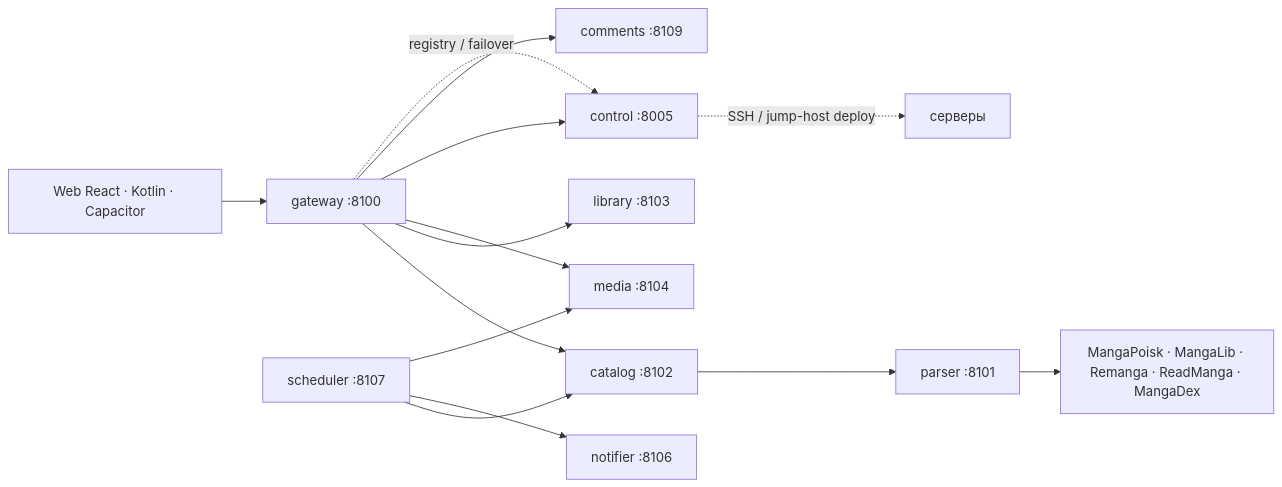
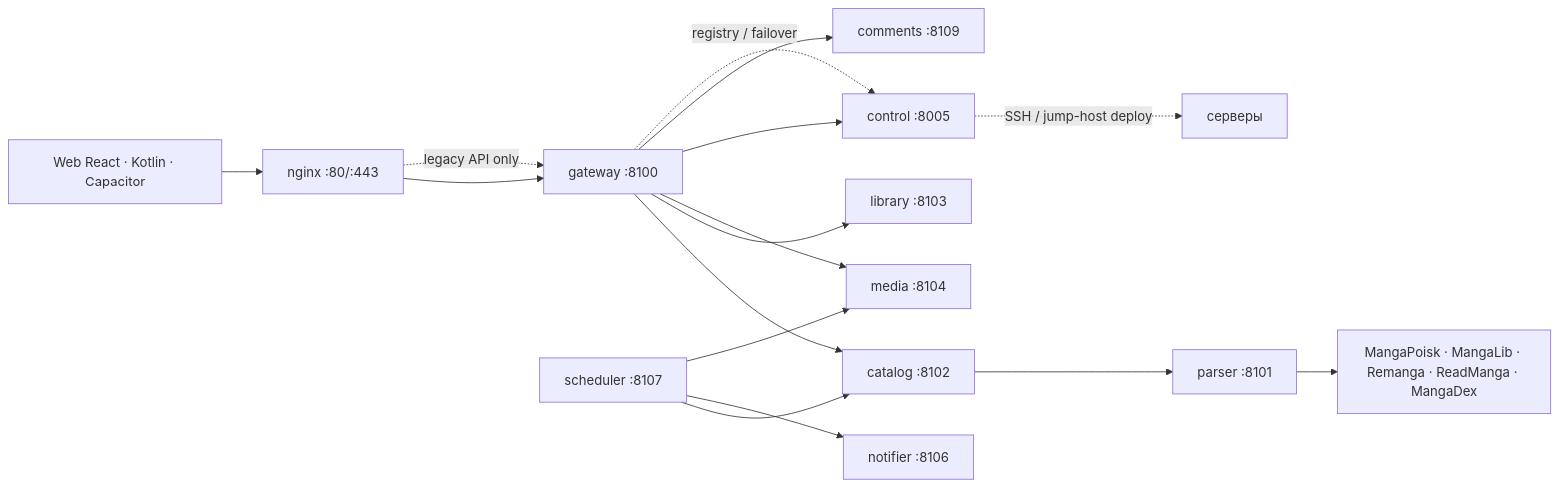
One commit to geekAmis/mangapoiskAPI changed the diagram in README.md. Above: the diagram before and after it, drawn with Mermaid. The commit also changed other lines of this file and 32 other files, not shown here.

````diff
--- a/README.md
+++ b/README.md
@@ -94,16 +121,18 @@
 ```mermaid
 flowchart LR
-    C["Web React · Kotlin · Capacitor"] --> G["gateway :8100"]
+    C["Web React · Kotlin · Capacitor"] --> N["nginx :80/:443"]
+    N --> G["gateway :8100"]
+    N -. "legacy API only" .-> G
     G --> CAT["catalog :8102"]
     G --> LIB["library :8103"]
     G --> MED["media :8104"]
     G --> CTL["control :8005"]
     G --> COM["comments :8109"]
     CAT --> P["parser :8101"]
     P --> S["MangaPoisk · MangaLib · Remanga · ReadManga · MangaDex"]
     SCH["scheduler :8107"] --> CAT
     SCH --> NOT["notifier :8106"]
     SCH --> MED
     CTL -. "SSH / jump-host deploy" .-> SRV["серверы"]
     G -. "registry / failover" .-> CTL
 ```
````
